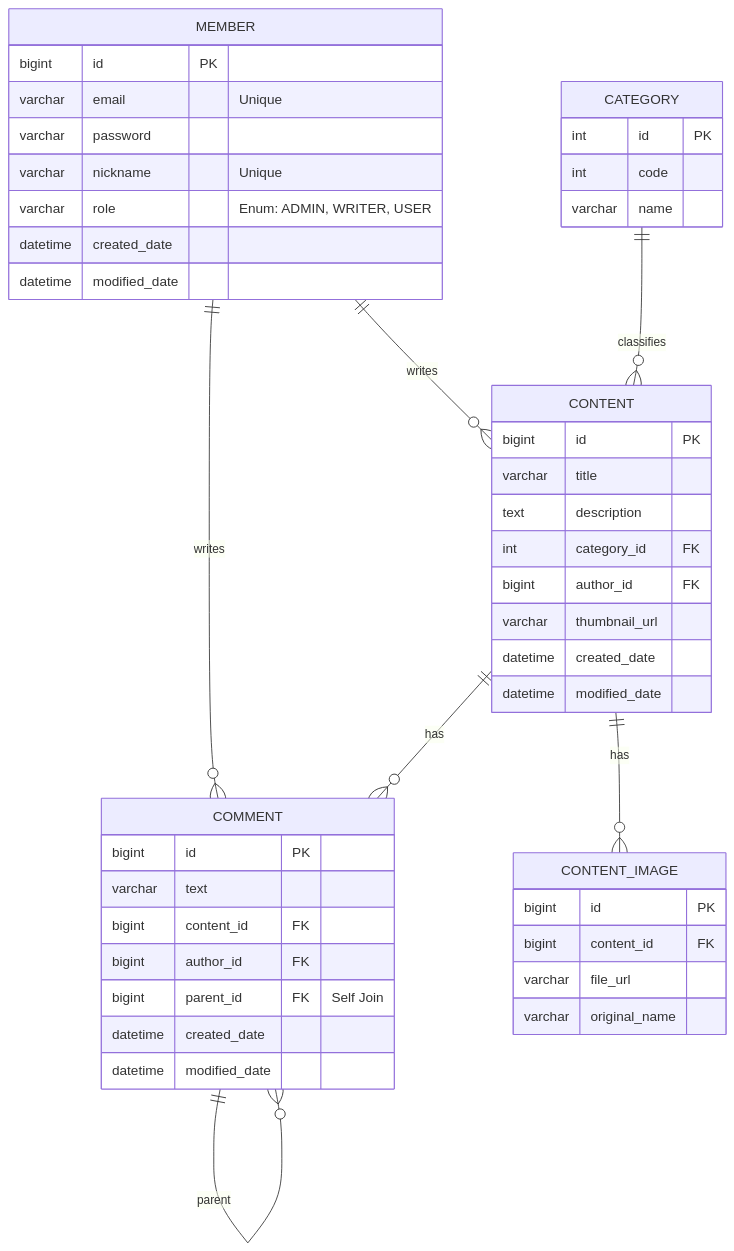
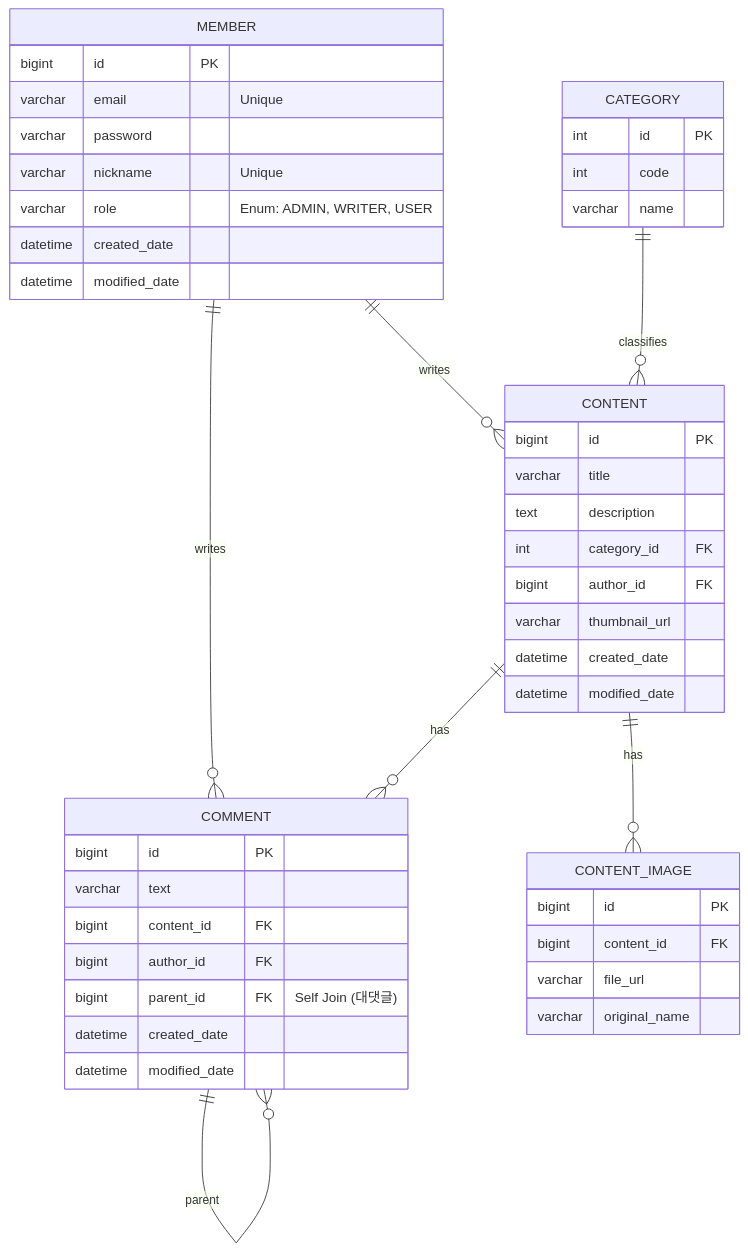
The diagram in README.md (gototheTK/platform), drawn with Mermaid before and after one commit. The commit also changed other lines of this file, not shown here.

````diff
--- a/README.md
+++ b/README.md
@@ -5,53 +24,53 @@
 ```mermaid
 erDiagram
     MEMBER ||--o{ CONTENT : writes
     MEMBER ||--o{ COMMENT : writes
     CATEGORY ||--o{ CONTENT : classifies
     CONTENT ||--o{ COMMENT : has
     CONTENT ||--o{ CONTENT_IMAGE : has
     COMMENT ||--o{ COMMENT : parent
 
     MEMBER {
         bigint id PK
         varchar email "Unique"
         varchar password
         varchar nickname "Unique"
         varchar role "Enum: ADMIN, WRITER, USER"
         datetime created_date
         datetime modified_date
     }
 
     CONTENT {
         bigint id PK
         varchar title
         text description
         int category_id FK
         bigint author_id FK
         varchar thumbnail_url
         datetime created_date
         datetime modified_date
     }
 
     CATEGORY {
         int id PK
         int code
         varchar name
     }
 
     COMMENT {
         bigint id PK
         varchar text
         bigint content_id FK
         bigint author_id FK
-        bigint parent_id FK "Self Join"
+        bigint parent_id FK "Self Join (대댓글)"
         datetime created_date
         datetime modified_date
     }
 
     CONTENT_IMAGE {
         bigint id PK
         bigint content_id FK
         varchar file_url
         varchar original_name
     }
 ```
````
